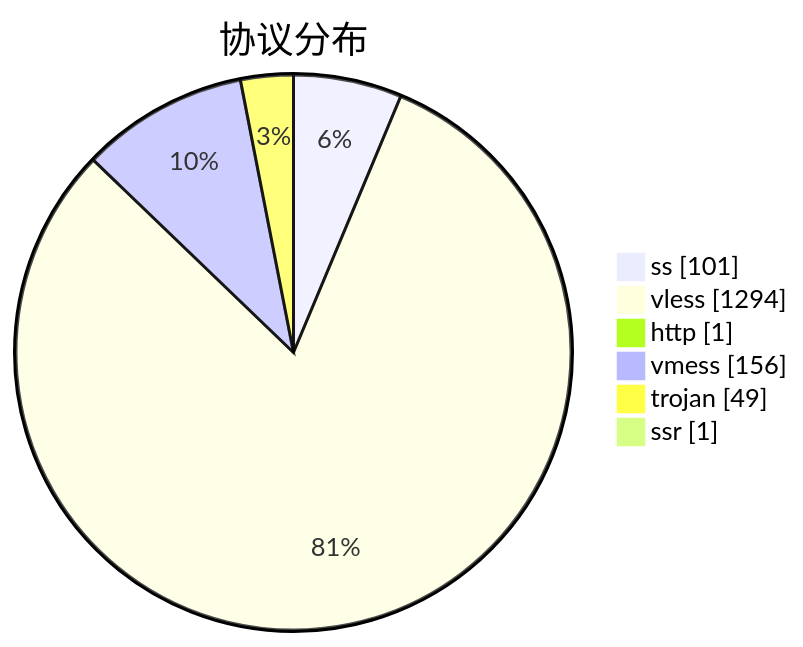
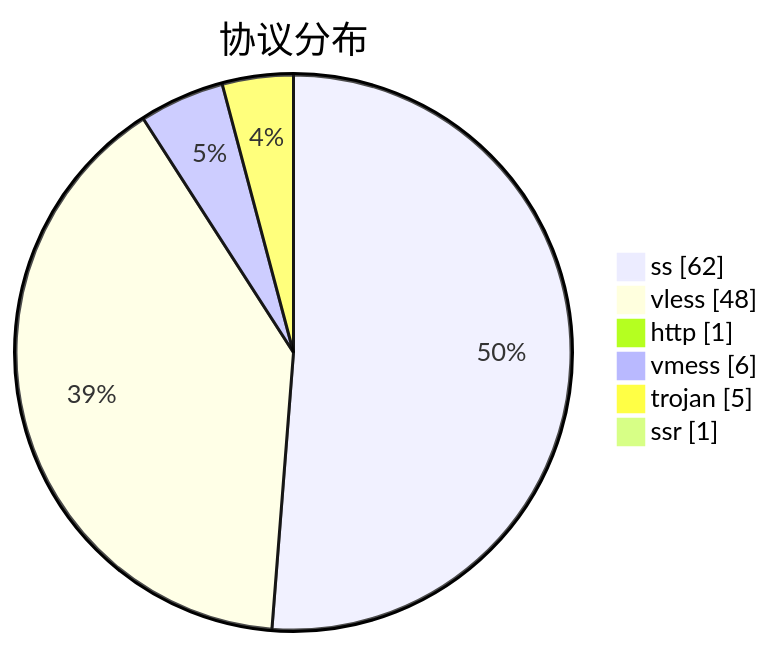
Before and after one commit to qjlxg/airport: the third of 3 diagrams in subs/statistics/tested_within.md, drawn with Mermaid. The commit also changed other lines of this file and 2 other files, not shown here.

````diff
--- a/subs/statistics/tested_within.md
+++ b/subs/statistics/tested_within.md
@@ -44,10 +23,10 @@
 ```mermaid
 pie showData
 title 协议分布
-"ss" : 101
-"vless" : 1294
+"ss" : 62
+"vless" : 48
 "http" : 1
-"vmess" : 156
-"trojan" : 49
+"vmess" : 6
+"trojan" : 5
 "ssr" : 1
 ```
````
